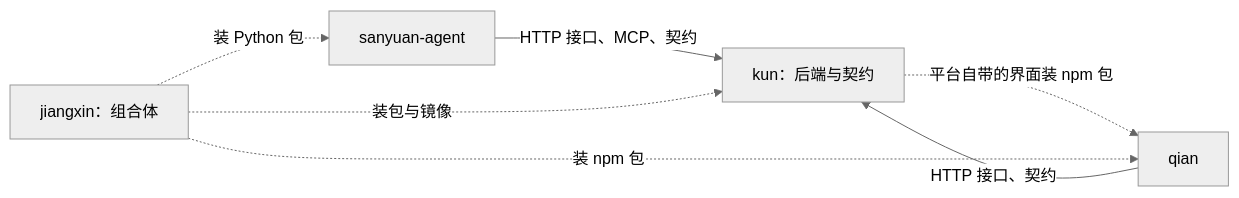
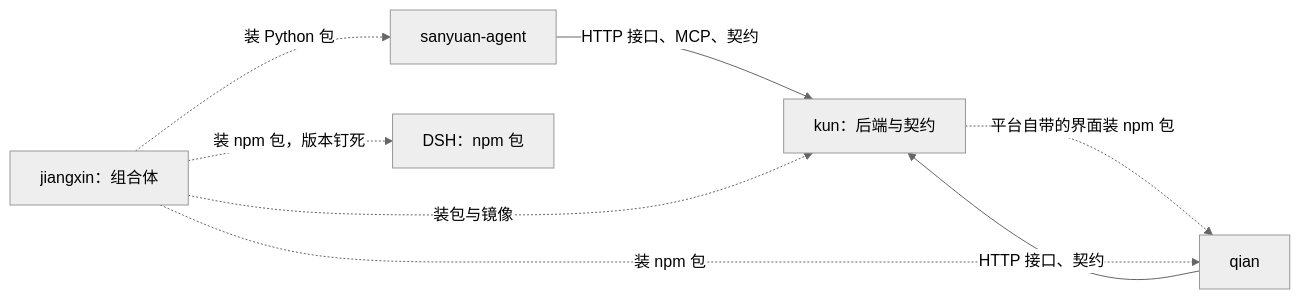
Before and after one commit to CavaiLAB/jiangxin: the diagram in docs/05-repositories.md, drawn with Mermaid (neutral theme). The commit also changed other lines of this file and 8 other files, not shown here.

````diff
--- a/docs/05-repositories.md
+++ b/docs/05-repositories.md
@@ -101,13 +130,15 @@
 ```mermaid
 flowchart LR
   K["kun：后端与契约"]
   Q["qian"]
   S["sanyuan-agent"]
   J["jiangxin：组合体"]
+  D["DSH：npm 包"]
   Q -->|"HTTP 接口、契约"| K
   S -->|"HTTP 接口、MCP、契约"| K
   K -.->|"平台自带的界面装 npm 包"| Q
   J -.->|"装包与镜像"| K
   J -.->|"装 npm 包"| Q
   J -.->|"装 Python 包"| S
+  J -.->|"装 npm 包，版本钉死"| D
 ```
````
